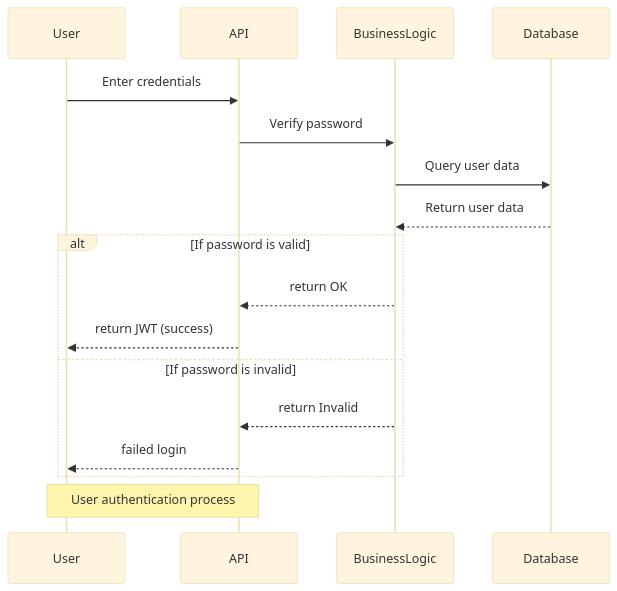
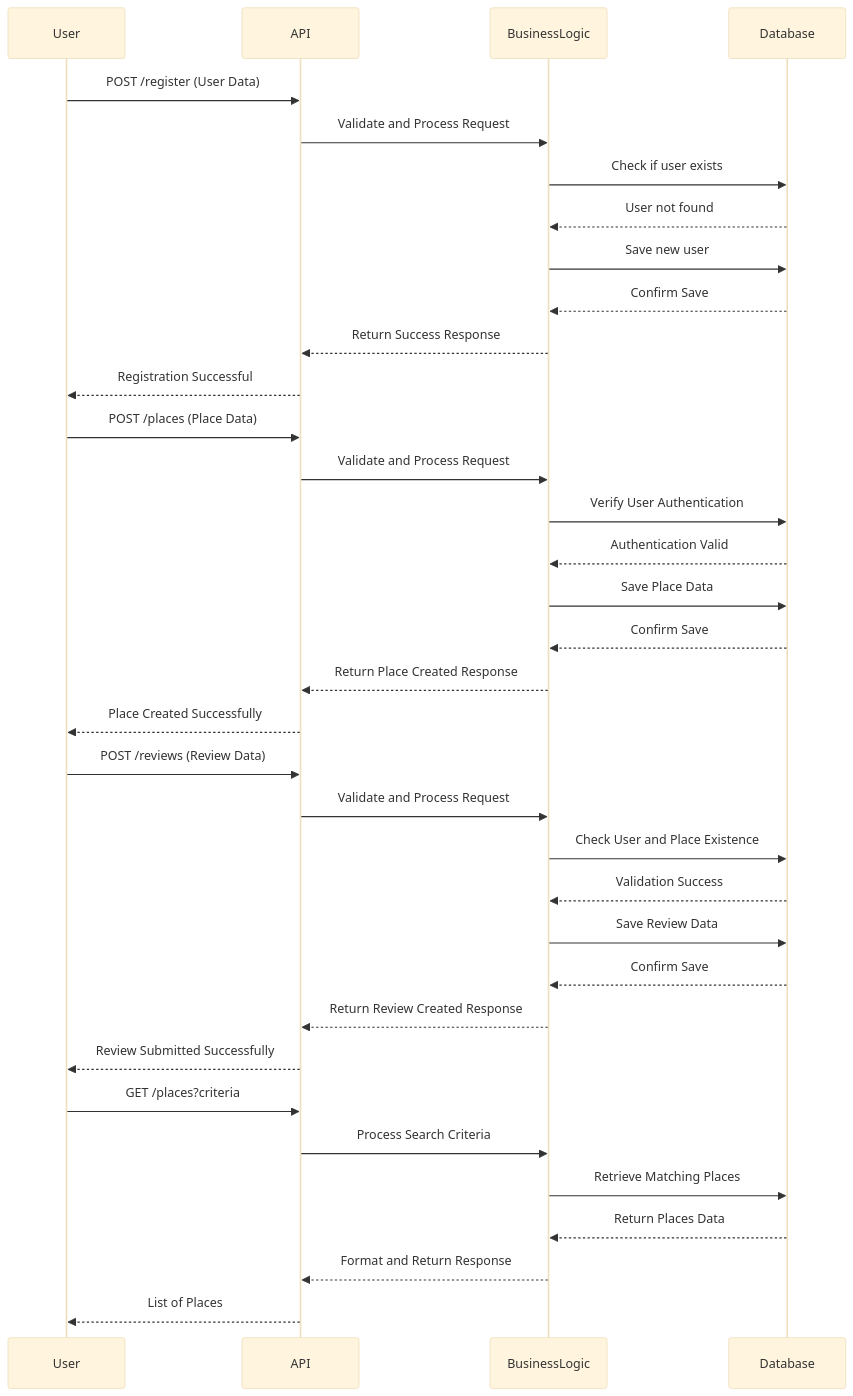
Before and after one commit to KillianRipoche/holbertonschool-hbnb: the diagram in part-1/sequenceDiagram.md, drawn with Mermaid (base theme).

Commit message:
Change all the code of the sequence diagram and fix it

````diff
--- a/part-1/sequenceDiagram.md
+++ b/part-1/sequenceDiagram.md
@@ -1,22 +1,41 @@
 ```mermaid
 sequenceDiagram
 participant User
 participant API
 participant BusinessLogic
 participant Database
 
-User ->> API: Enter credentials
-API ->> BusinessLogic: Verify password
-BusinessLogic ->> Database: Query user data
-Database -->> BusinessLogic: Return user data
+User->>API: POST /register (User Data)
+API->>BusinessLogic: Validate and Process Request
+BusinessLogic->>Database: Check if user exists
+Database-->>BusinessLogic: User not found
+BusinessLogic->>Database: Save new user
+Database-->>BusinessLogic: Confirm Save
+BusinessLogic-->>API: Return Success Response
+API-->>User: Registration Successful
 
-alt If password is valid
-    BusinessLogic -->> API: return OK
-    API -->> User: return JWT (success)
-else If password is invalid
-    BusinessLogic -->> API: return Invalid
-    API -->> User: failed login
-end
+	User->>API: POST /places (Place Data)
+API->>BusinessLogic: Validate and Process Request
+BusinessLogic->>Database: Verify User Authentication
+Database-->>BusinessLogic: Authentication Valid
+BusinessLogic->>Database: Save Place Data
+Database-->>BusinessLogic: Confirm Save
+BusinessLogic-->>API: Return Place Created Response
+API-->>User: Place Created Successfully
 
-note over User,API: User authentication process
+User->>API: POST /reviews (Review Data)
+API->>BusinessLogic: Validate and Process Request
+BusinessLogic->>Database: Check User and Place Existence
+Database-->>BusinessLogic: Validation Success
+BusinessLogic->>Database: Save Review Data
+Database-->>BusinessLogic: Confirm Save
+BusinessLogic-->>API: Return Review Created Response
+API-->>User: Review Submitted Successfully
+
+User->>API: GET /places?criteria
+API->>BusinessLogic: Process Search Criteria
+BusinessLogic->>Database: Retrieve Matching Places
+Database-->>BusinessLogic: Return Places Data
+BusinessLogic-->>API: Format and Return Response
+API-->>User: List of Places
 ```
````
